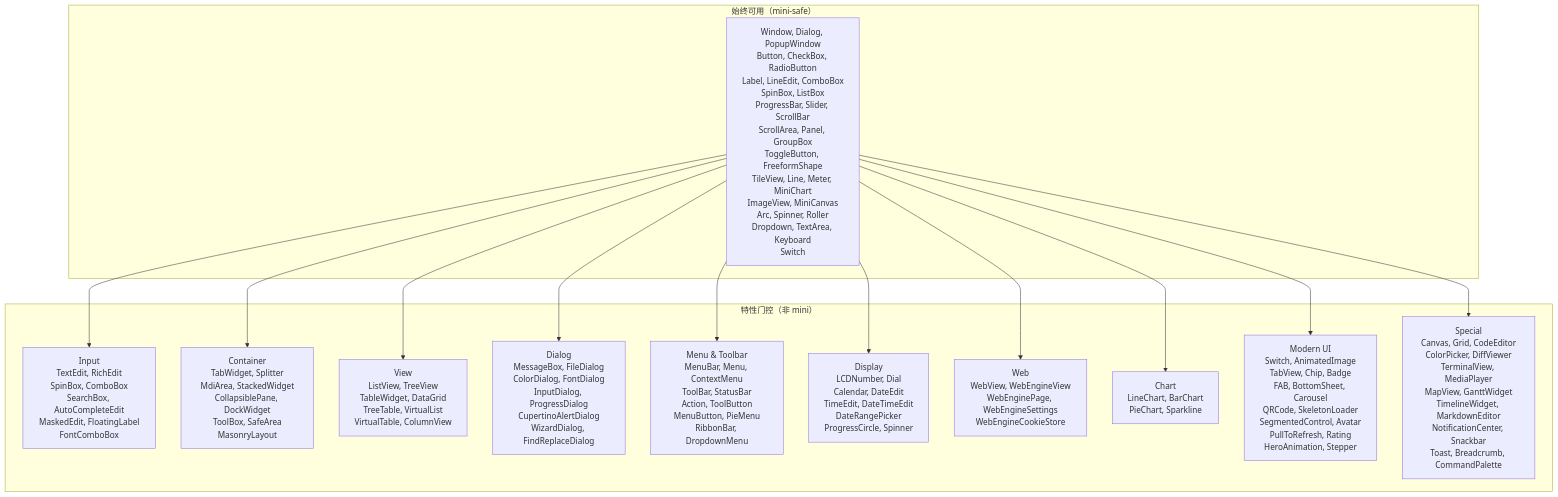
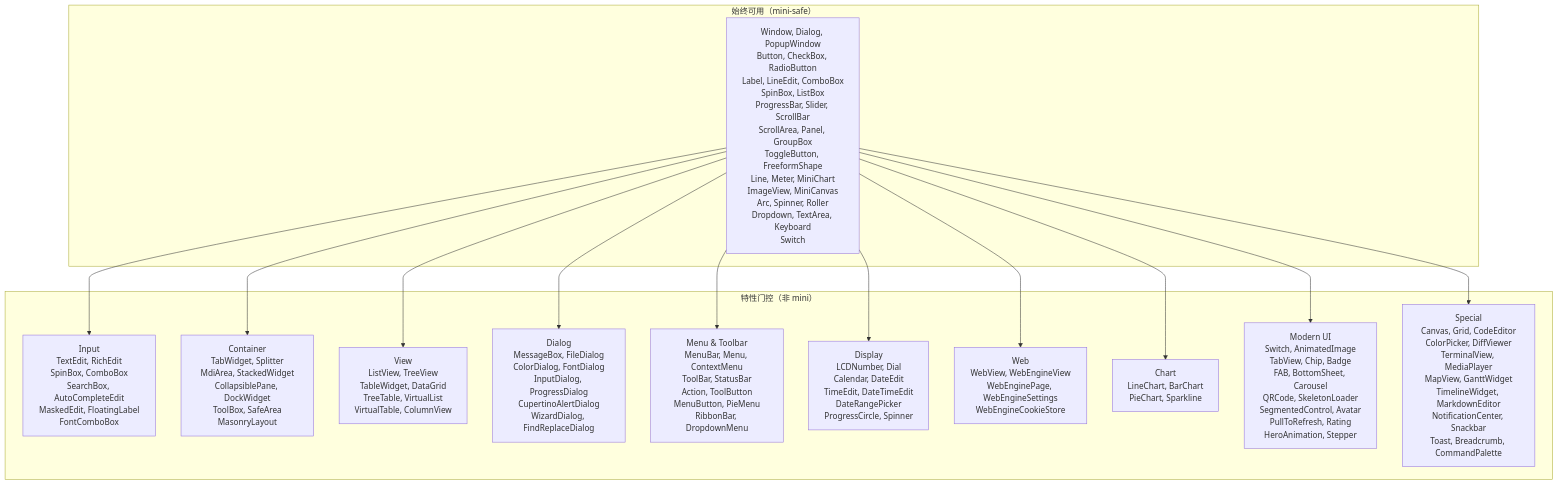
The first of 2 diagrams in cookbook/zh-CN/src/chapters/widget-system.md (mikewolfli/rust-widgets), drawn with Mermaid before and after one commit. The commit also changed other lines of this file and 79 other files, not shown here.

````diff
--- a/cookbook/zh-CN/src/chapters/widget-system.md
+++ b/cookbook/zh-CN/src/chapters/widget-system.md
@@ -430,30 +430,30 @@
 ```mermaid
 graph TB
     subgraph "始终可用（mini-safe）"
-        ALWAYS["Window, Dialog, PopupWindow<br/>Button, CheckBox, RadioButton<br/>Label, LineEdit, ComboBox<br/>SpinBox, ListBox<br/>ProgressBar, Slider, ScrollBar<br/>ScrollArea, Panel, GroupBox<br/>ToggleButton, FreeformShape<br/>TileView, Line, Meter, MiniChart<br/>ImageView, MiniCanvas<br/>Arc, Spinner, Roller<br/>Dropdown, TextArea, Keyboard<br/>Switch"]
+        ALWAYS["Window, Dialog, PopupWindow<br/>Button, CheckBox, RadioButton<br/>Label, LineEdit, ComboBox<br/>SpinBox, ListBox<br/>ProgressBar, Slider, ScrollBar<br/>ScrollArea, Panel, GroupBox<br/>ToggleButton, FreeformShape<br/>Line, Meter, MiniChart<br/>ImageView, MiniCanvas<br/>Arc, Spinner, Roller<br/>Dropdown, TextArea, Keyboard<br/>Switch"]
     end
 
     subgraph "特性门控（非 mini）"
         INPUT["Input<br/>TextEdit, RichEdit<br/>SpinBox, ComboBox<br/>SearchBox, AutoCompleteEdit<br/>MaskedEdit, FloatingLabel<br/>FontComboBox"]
         CONTAINER["Container<br/>TabWidget, Splitter<br/>MdiArea, StackedWidget<br/>CollapsiblePane, DockWidget<br/>ToolBox, SafeArea<br/>MasonryLayout"]
         VIEW["View<br/>ListView, TreeView<br/>TableWidget, DataGrid<br/>TreeTable, VirtualList<br/>VirtualTable, ColumnView"]
         DIALOG["Dialog<br/>MessageBox, FileDialog<br/>ColorDialog, FontDialog<br/>InputDialog, ProgressDialog<br/>CupertinoAlertDialog<br/>WizardDialog, FindReplaceDialog"]
         MENU["Menu & Toolbar<br/>MenuBar, Menu, ContextMenu<br/>ToolBar, StatusBar<br/>Action, ToolButton<br/>MenuButton, PieMenu<br/>RibbonBar, DropdownMenu"]
         DISPLAY["Display<br/>LCDNumber, Dial<br/>Calendar, DateEdit<br/>TimeEdit, DateTimeEdit<br/>DateRangePicker<br/>ProgressCircle, Spinner"]
         WEB["Web<br/>WebView, WebEngineView<br/>WebEnginePage, WebEngineSettings<br/>WebEngineCookieStore"]
         CHART["Chart<br/>LineChart, BarChart<br/>PieChart, Sparkline"]
         MODERN["Modern UI<br/>Switch, AnimatedImage<br/>TabView, Chip, Badge<br/>FAB, BottomSheet, Carousel<br/>QRCode, SkeletonLoader<br/>SegmentedControl, Avatar<br/>PullToRefresh, Rating<br/>HeroAnimation, Stepper"]
         SPECIAL["Special<br/>Canvas, Grid, CodeEditor<br/>ColorPicker, DiffViewer<br/>TerminalView, MediaPlayer<br/>MapView, GanttWidget<br/>TimelineWidget, MarkdownEditor<br/>NotificationCenter, Snackbar<br/>Toast, Breadcrumb, CommandPalette"]
     end
 
     ALWAYS --> INPUT
     ALWAYS --> CONTAINER
     ALWAYS --> VIEW
     ALWAYS --> DIALOG
     ALWAYS --> MENU
     ALWAYS --> DISPLAY
     ALWAYS --> WEB
     ALWAYS --> CHART
     ALWAYS --> MODERN
     ALWAYS --> SPECIAL
 ```
````
